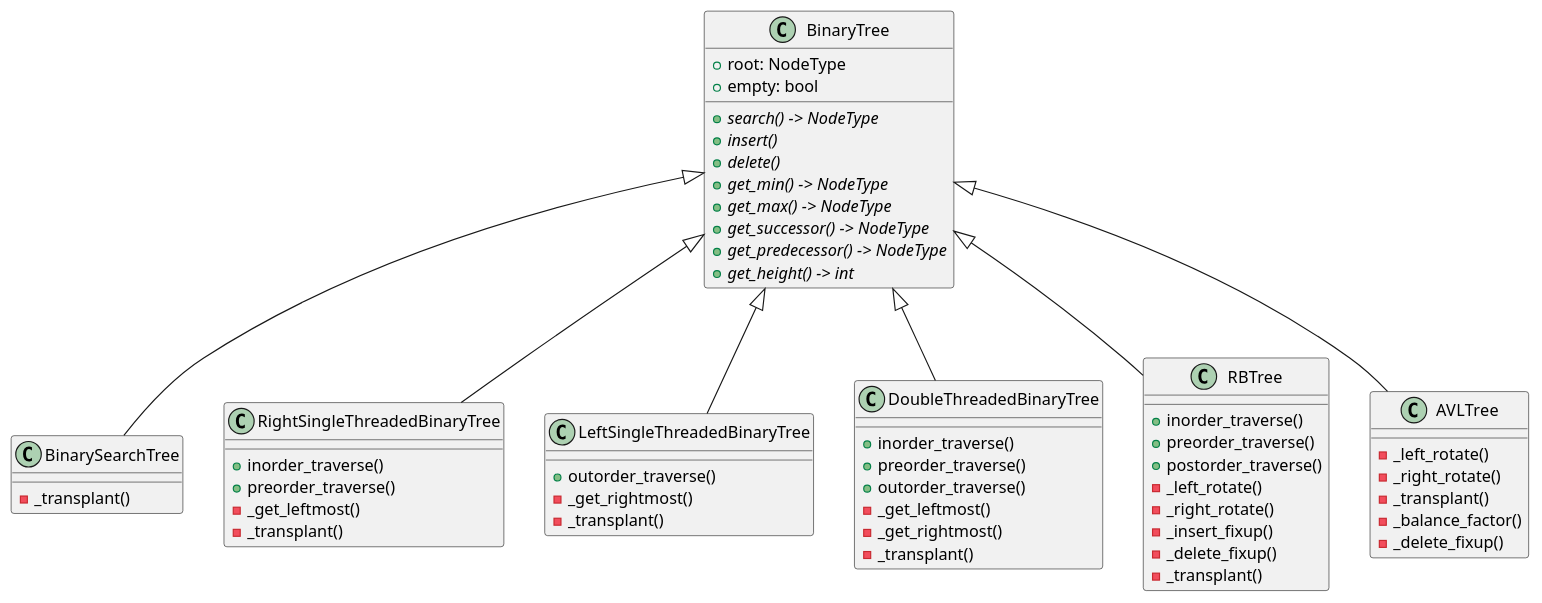
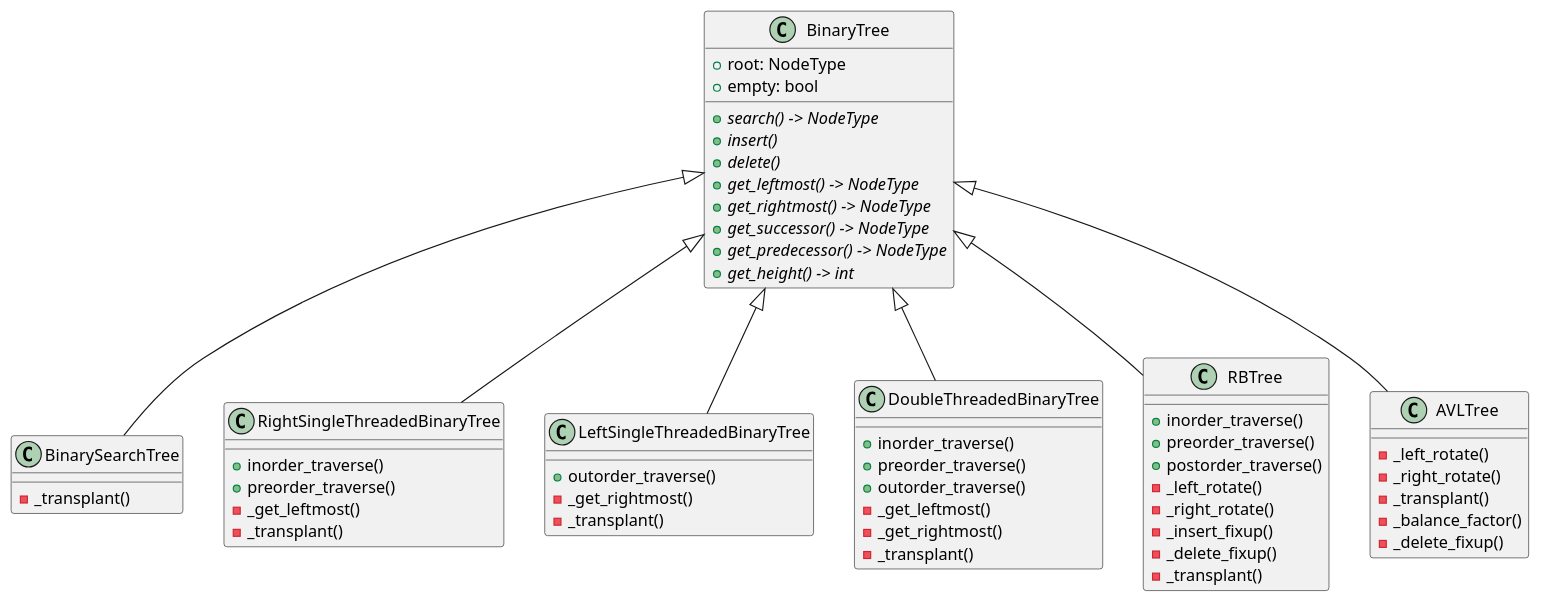
One commit to shunsvineyard/pyforest changed the diagram in diagrams/binary_tree_class_diagram.wsd. Above: the diagram before and after it, drawn with PlantUML. The commit also changed 11 other files, not shown here.

Commit message:
Rename get_min and get_max to get_leftmost and get_rightmost.

```diff
--- a/diagrams/binary_tree_class_diagram.wsd
+++ b/diagrams/binary_tree_class_diagram.wsd
@@ -1,70 +1,70 @@
 @startuml
 
 BinaryTree <|-- BinarySearchTree
 BinaryTree <|-- RightSingleThreadedBinaryTree
 BinaryTree <|-- LeftSingleThreadedBinaryTree
 BinaryTree <|-- DoubleThreadedBinaryTree
 BinaryTree <|-- RBTree
 BinaryTree <|-- AVLTree
 
 class BinaryTree {
     +root: NodeType
     +empty: bool
     {abstract} +search() -> NodeType
     {abstract} +insert()
     {abstract} +delete()
-    {abstract} +get_min() -> NodeType
-    {abstract} +get_max() -> NodeType
+    {abstract} +get_leftmost() -> NodeType
+    {abstract} +get_rightmost() -> NodeType
     {abstract} +get_successor() -> NodeType
     {abstract} +get_predecessor() -> NodeType
     {abstract} +get_height() -> int
 }
 
 class BinarySearchTree {
     -_transplant()
 }
 
 class RightSingleThreadedBinaryTree {
     +inorder_traverse()
     +preorder_traverse()
     -_get_leftmost()
     -_transplant()
 }
 
 class LeftSingleThreadedBinaryTree {
     +outorder_traverse()
     -_get_rightmost()
     -_transplant()
 }
 
 class DoubleThreadedBinaryTree {
     +inorder_traverse()
     +preorder_traverse()
     +outorder_traverse()
     -_get_leftmost()
     -_get_rightmost()
     -_transplant()
 }
 
 class RBTree {
     +inorder_traverse()
     +preorder_traverse()
     +postorder_traverse()
     -_left_rotate()
     -_right_rotate()
     -_insert_fixup()
     -_delete_fixup()
     -_transplant()
 
 }
 
 class AVLTree {
     -_left_rotate()
     -_right_rotate()
     -_transplant()
     -_balance_factor()
     -_delete_fixup()
 }
 
 
 @enduml
```
